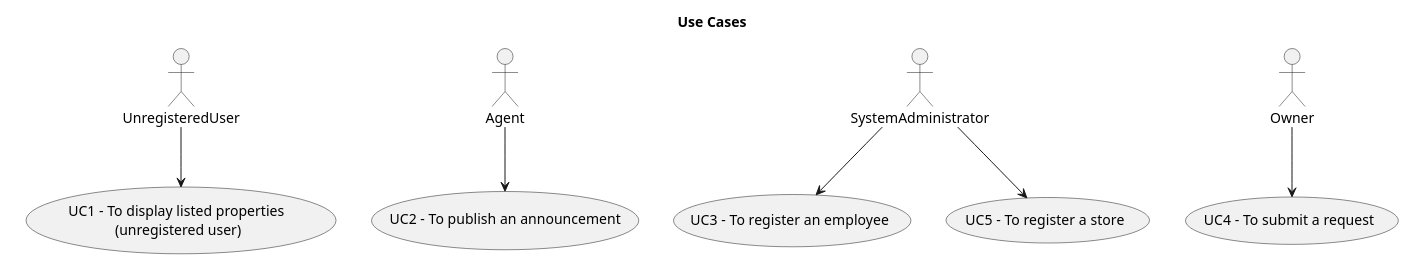
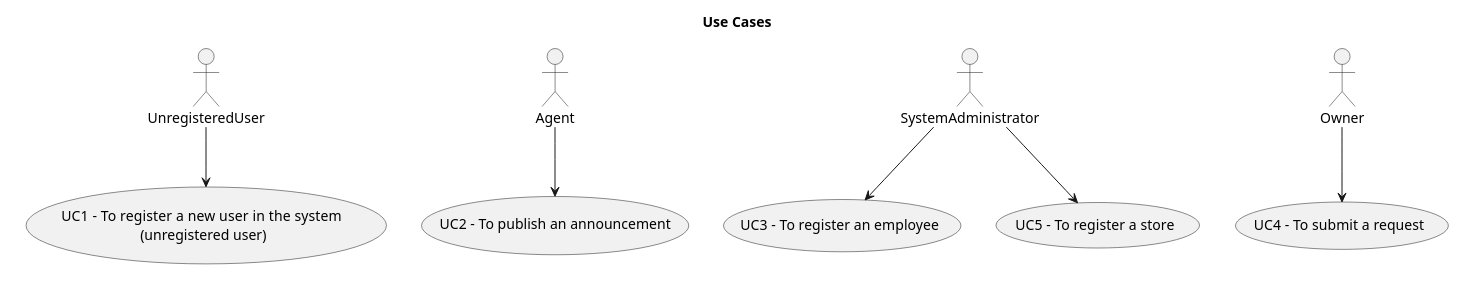
Before and after one commit to Rodrick0209/ISEP-LAPR2-22-23: the diagram in docs/Sprint-B/global-artifacts/01.requirements-engineering/puml/use-case-diagram.puml, drawn with PlantUML. The commit also changed 11 other files, not shown here.

```diff
--- a/docs/Sprint-B/global-artifacts/01.requirements-engineering/puml/use-case-diagram.puml
+++ b/docs/Sprint-B/global-artifacts/01.requirements-engineering/puml/use-case-diagram.puml
@@ -1,28 +1,29 @@
 @startuml
 'skinparam monochrome true
 skinparam packageStyle rectangle
 'skinparam shadowing false
 
 skinparam rectangle{
     BorderColor white
 }
 
 'title Use Case Diagram Example
 
 top to bottom direction
 
 rectangle "Use Cases" as usecases{
     usecase "UC4 - To submit a request" as UC4
     Owner --> UC4
     usecase "UC3 - To register an employee" as UC3
     SystemAdministrator --> UC3
     usecase "UC5 - To register a store" as UC5
     SystemAdministrator --> UC5
     usecase "UC2 - To publish an announcement" as UC2
     Agent --> UC2
     usecase "UC1 - To display listed properties \n(unregistered user)" as UC1
+    usecase "UC1 -  To register a new user in the system \n(unregistered user)" as UC1
     UnregisteredUser --> UC1
     }
 
 
 @enduml
```
